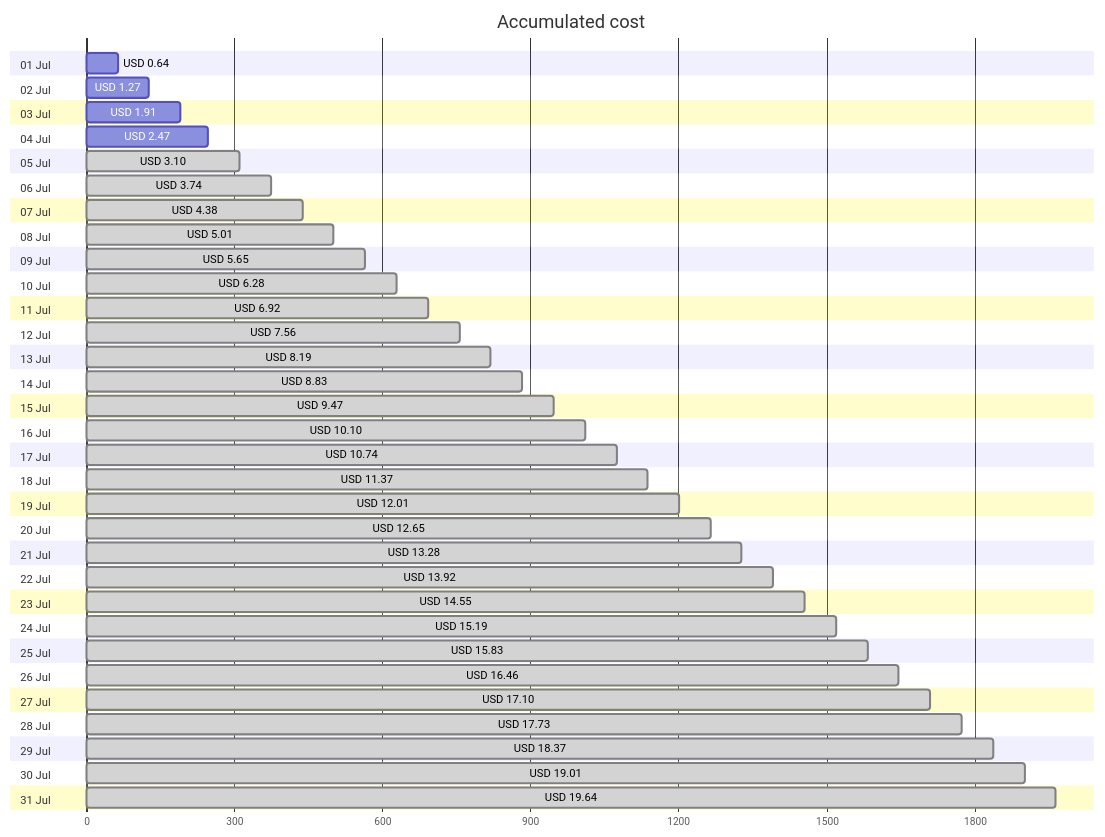
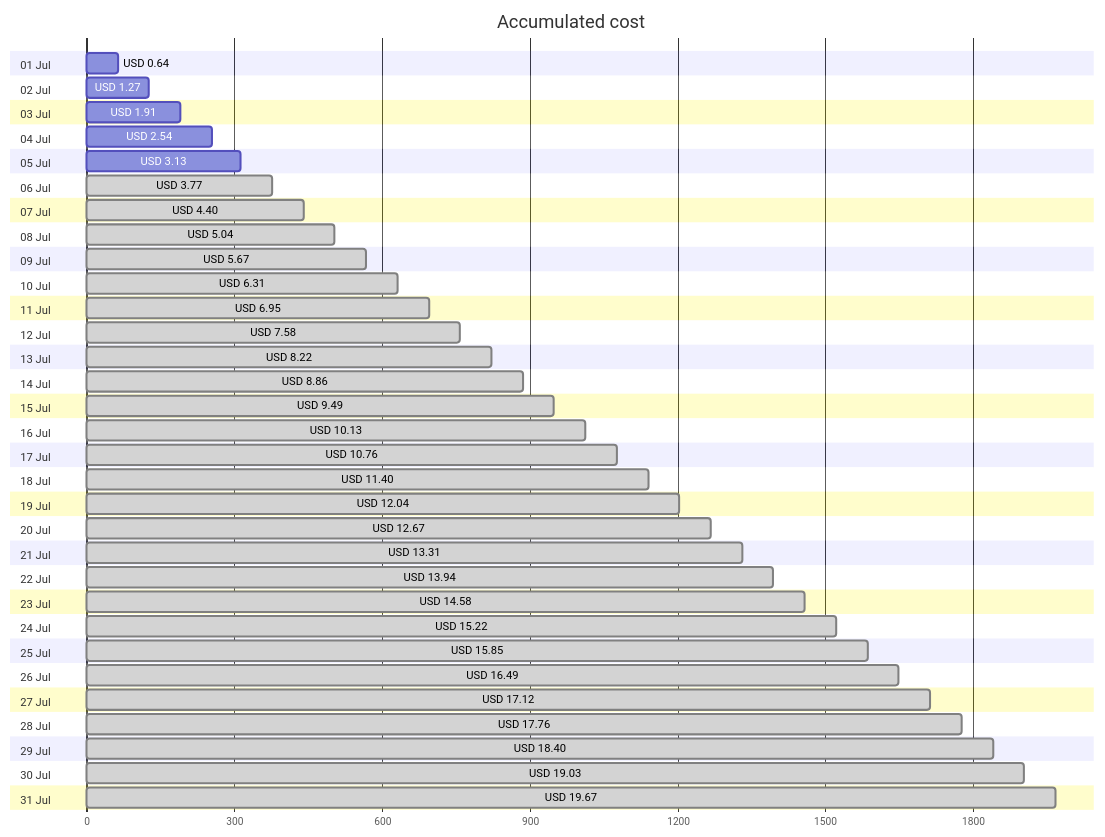
Before and after one commit to jpfulton/azure-personal-reports: the first of 4 diagrams in cost-reports/accumulated-cost.md, drawn with Mermaid. The commit also changed other lines of this file and 4 other files, not shown here.

````diff
--- a/cost-reports/accumulated-cost.md
+++ b/cost-reports/accumulated-cost.md
@@ -20,68 +20,68 @@
 ```mermaid
 gantt
    title Accumulated cost
    dateFormat  X
    axisFormat %s
    section 01 Jul
    USD 0.64 :0, 64
    section 02 Jul
    USD 1.27 :0, 127
    section 03 Jul
    USD 1.91 :0, 191
    section 04 Jul
-   USD 2.47 :0, 247
+   USD 2.54 :0, 254
    section 05 Jul
-   USD 3.10 : done, 0, 310
+   USD 3.13 :0, 313
    section 06 Jul
-   USD 3.74 : done, 0, 374
+   USD 3.77 : done, 0, 377
    section 07 Jul
-   USD 4.38 : done, 0, 438
+   USD 4.40 : done, 0, 440
    section 08 Jul
-   USD 5.01 : done, 0, 501
+   USD 5.04 : done, 0, 504
    section 09 Jul
-   USD 5.65 : done, 0, 565
+   USD 5.67 : done, 0, 567
    section 10 Jul
-   USD 6.28 : done, 0, 628
+   USD 6.31 : done, 0, 631
    section 11 Jul
-   USD 6.92 : done, 0, 692
+   USD 6.95 : done, 0, 695
    section 12 Jul
-   USD 7.56 : done, 0, 756
+   USD 7.58 : done, 0, 758
    section 13 Jul
-   USD 8.19 : done, 0, 819
+   USD 8.22 : done, 0, 822
    section 14 Jul
-   USD 8.83 : done, 0, 883
+   USD 8.86 : done, 0, 886
    section 15 Jul
-   USD 9.47 : done, 0, 947
+   USD 9.49 : done, 0, 949
    section 16 Jul
-   USD 10.10 : done, 0, 1010
+   USD 10.13 : done, 0, 1013
    section 17 Jul
-   USD 10.74 : done, 0, 1074
+   USD 10.76 : done, 0, 1076
    section 18 Jul
-   USD 11.37 : done, 0, 1137
+   USD 11.40 : done, 0, 1140
    section 19 Jul
-   USD 12.01 : done, 0, 1201
+   USD 12.04 : done, 0, 1204
    section 20 Jul
-   USD 12.65 : done, 0, 1265
+   USD 12.67 : done, 0, 1267
    section 21 Jul
-   USD 13.28 : done, 0, 1328
+   USD 13.31 : done, 0, 1331
    section 22 Jul
-   USD 13.92 : done, 0, 1392
+   USD 13.94 : done, 0, 1394
    section 23 Jul
-   USD 14.55 : done, 0, 1455
+   USD 14.58 : done, 0, 1458
    section 24 Jul
-   USD 15.19 : done, 0, 1519
+   USD 15.22 : done, 0, 1522
    section 25 Jul
-   USD 15.83 : done, 0, 1583
+   USD 15.85 : done, 0, 1585
    section 26 Jul
-   USD 16.46 : done, 0, 1646
+   USD 16.49 : done, 0, 1649
    section 27 Jul
-   USD 17.10 : done, 0, 1710
+   USD 17.12 : done, 0, 1712
    section 28 Jul
-   USD 17.73 : done, 0, 1773
+   USD 17.76 : done, 0, 1776
    section 29 Jul
-   USD 18.37 : done, 0, 1837
+   USD 18.40 : done, 0, 1840
    section 30 Jul
-   USD 19.01 : done, 0, 1901
+   USD 19.03 : done, 0, 1903
    section 31 Jul
-   USD 19.64 : done, 0, 1964
+   USD 19.67 : done, 0, 1967
 ```
````
